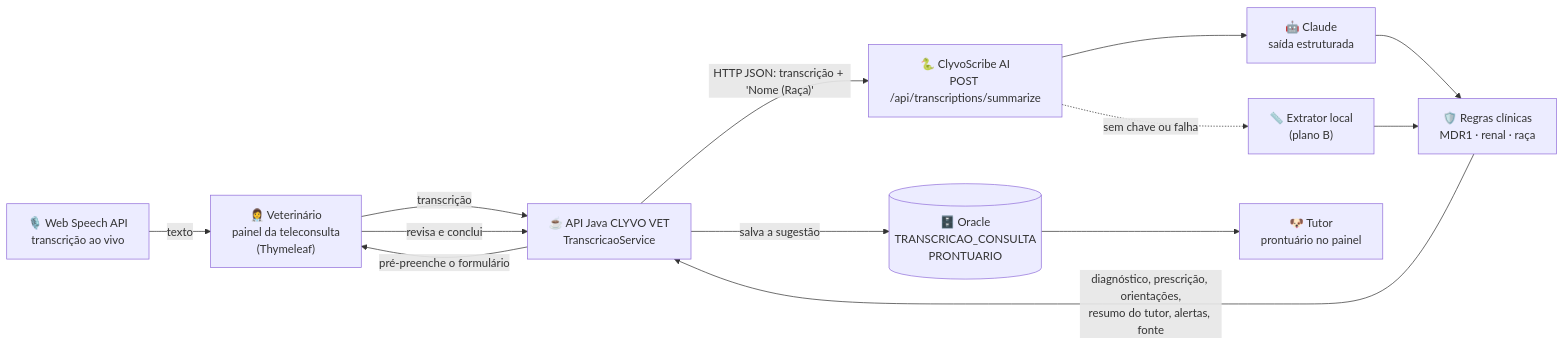
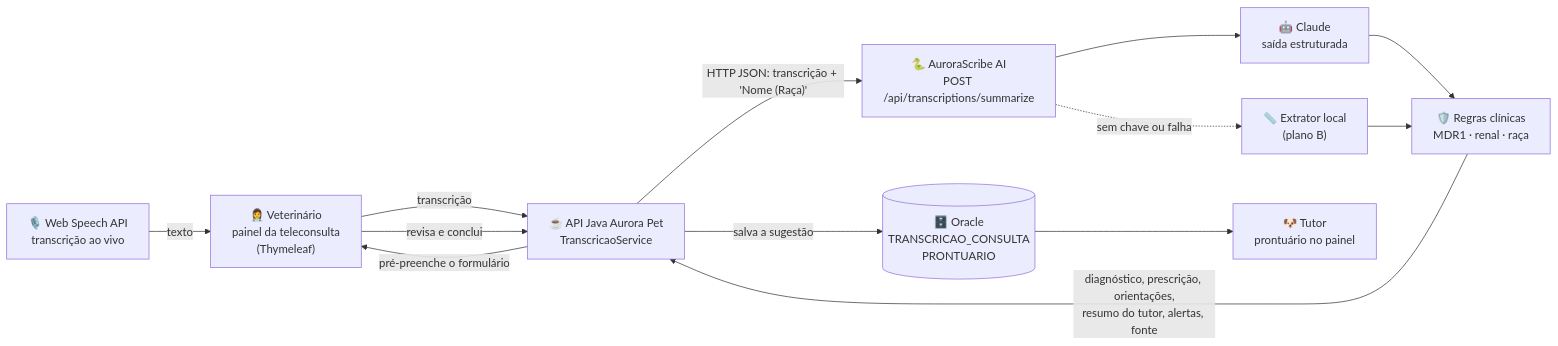
One commit to MCGI-PW/IoT-Clyvo-Vet_M changed the diagram in README.md. Above: the diagram before and after it, drawn with Mermaid. The commit also changed other lines of this file and 25 other files, not shown here.

First line of the commit message:
feat: nova marca Aurora Pet e AuroraScribe AI

````diff
--- a/README.md
+++ b/README.md
@@ -64,25 +64,25 @@
 ```mermaid
 flowchart LR
     VET["👩‍⚕️ Veterinário<br/>painel da teleconsulta<br/>(Thymeleaf)"]
     MIC["🎙️ Web Speech API<br/>transcrição ao vivo"]
-    JAVA["☕ API Java CLYVO VET<br/>TranscricaoService"]
-    SCRIBE["🐍 ClyvoScribe AI<br/>POST /api/transcriptions/summarize"]
+    JAVA["☕ API Java Aurora Pet<br/>TranscricaoService"]
+    SCRIBE["🐍 AuroraScribe AI<br/>POST /api/transcriptions/summarize"]
     CLAUDE["🤖 Claude<br/>saída estruturada"]
     LOCAL["📏 Extrator local<br/>(plano B)"]
     RULES["🛡️ Regras clínicas<br/>MDR1 · renal · raça"]
     DB[("🗄️ Oracle<br/>TRANSCRICAO_CONSULTA<br/>PRONTUARIO")]
     TUTOR["🐶 Tutor<br/>prontuário no painel"]
 
     MIC -->|"texto"| VET
     VET -->|"transcrição"| JAVA
     JAVA -->|"HTTP JSON: transcrição + 'Nome (Raça)'"| SCRIBE
     SCRIBE --> CLAUDE
     SCRIBE -.->|"sem chave ou falha"| LOCAL
     CLAUDE --> RULES
     LOCAL --> RULES
     RULES -->|"diagnóstico, prescrição, orientações,<br/>resumo do tutor, alertas, fonte"| JAVA
     JAVA -->|"salva a sugestão"| DB
     JAVA -->|"pré-preenche o formulário"| VET
     VET -->|"revisa e conclui"| JAVA
     DB --> TUTOR
 ```
````
